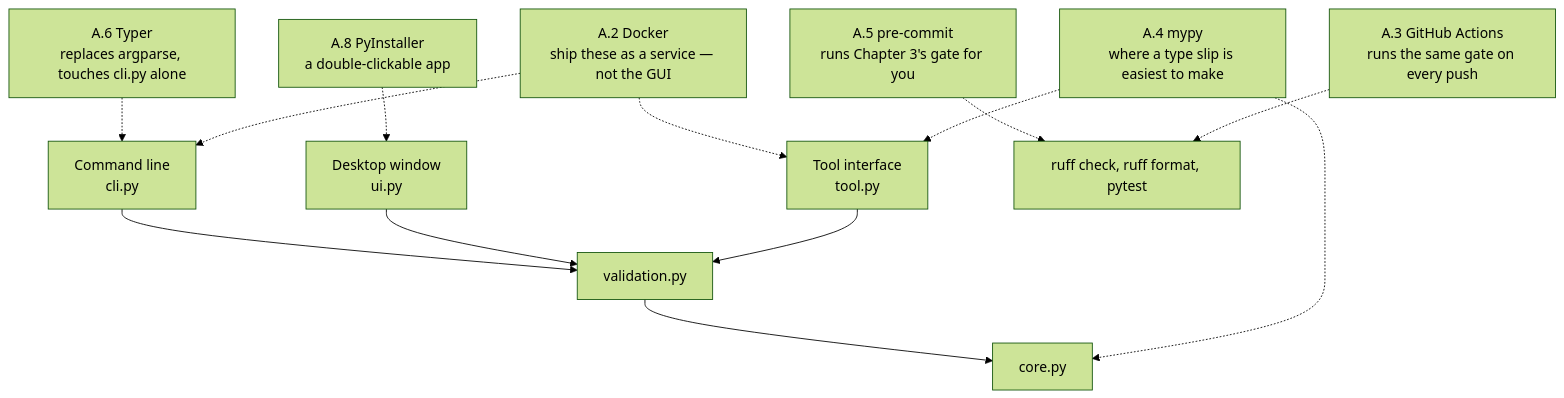
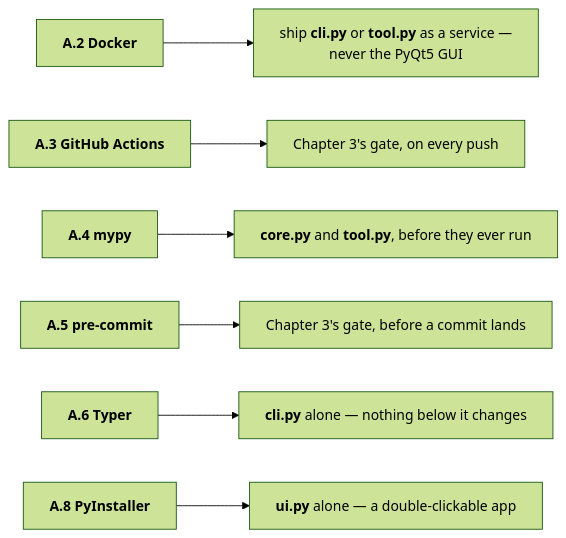
Before and after one commit to rioffe/intro_to_ai_software_engineering: the diagram in manuscript/16-appendix.md, drawn with Mermaid (forest theme). The commit also changed 17 other files, not shown here.

First line of the commit message:
Diagram readability pass, and keep diagrams with their intro sentence

````diff
--- a/manuscript/16-appendix.md
+++ b/manuscript/16-appendix.md
@@ -43,21 +43,14 @@
 ```mermaid
-flowchart TD
-    CLI["Command line<br/>cli.py"]
-    GUI["Desktop window<br/>ui.py"]
-    TOOL["Tool interface<br/>tool.py"]
-
-    CLI --> VAL["validation.py"]
-    GUI --> VAL
-    TOOL --> VAL
-    VAL --> CORE["core.py"]
-
-    TYPER["A.6 Typer<br/>replaces argparse, touches cli.py alone"] -.-> CLI
-    PYI["A.8 PyInstaller<br/>a double-clickable app"] -.-> GUI
-    DOCKER["A.2 Docker<br/>ship these as a service — not the GUI"] -.-> TOOL
-    DOCKER -.-> CLI
-    MYPY["A.4 mypy<br/>where a type slip is easiest to make"] -.-> CORE
-    MYPY -.-> TOOL
-
-    PRECOMMIT["A.5 pre-commit<br/>runs Chapter 3's gate for you"] -.-> GATE["ruff check, ruff format, pytest"]
-    CI["A.3 GitHub Actions<br/>runs the same gate on every push"] -.-> GATE
+---
+config:
+  flowchart:
+    wrappingWidth: 360
+---
+flowchart LR
+    D["<b>A.2 Docker</b>"] --> DT["ship <b>cli.py</b> or <b>tool.py</b> as a service —<br/>never the PyQt5 GUI"]
+    C["<b>A.3 GitHub Actions</b>"] --> CT["Chapter 3's gate, on every push"]
+    M["<b>A.4 mypy</b>"] --> MT["<b>core.py</b> and <b>tool.py</b>, before they ever run"]
+    P["<b>A.5 pre-commit</b>"] --> PT["Chapter 3's gate, before a commit lands"]
+    T["<b>A.6 Typer</b>"] --> TT["<b>cli.py</b> alone — nothing below it changes"]
+    I["<b>A.8 PyInstaller</b>"] --> IT["<b>ui.py</b> alone — a double-clickable app"]
 ```
````
